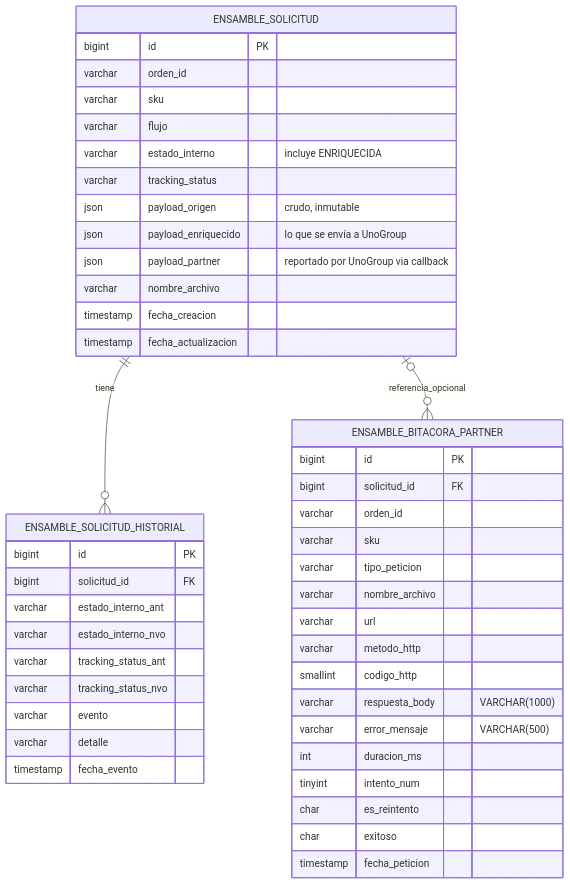
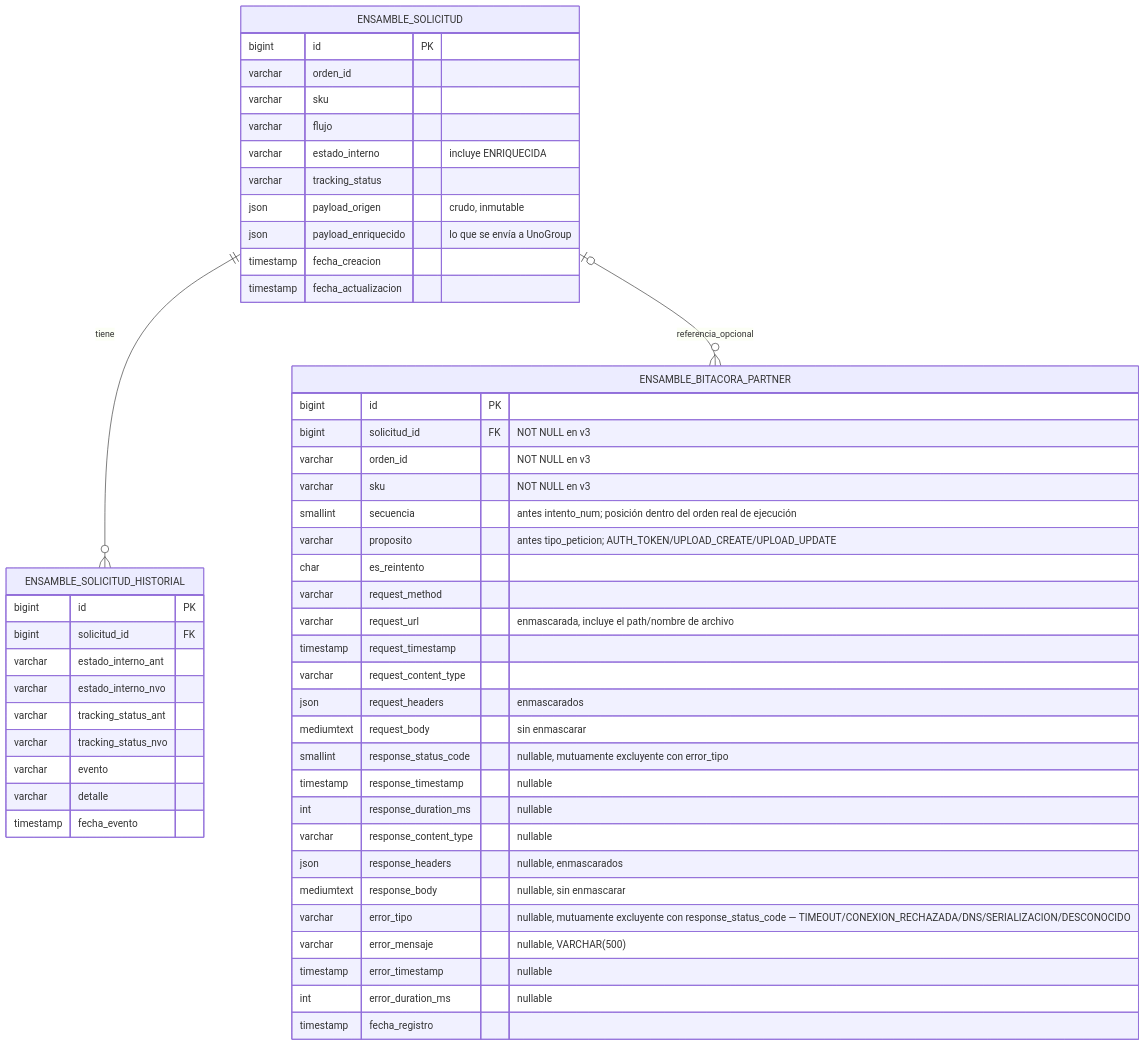
One commit to henry-molina-siman/unogroup changed the diagram in docs/HUENSA-001_Diseno_Requerimientos_Modulo_Integracion_Ensamble.md. Above: the diagram before and after it, drawn with Mermaid. The commit also changed other lines of this file and 27 other files, not shown here.

````diff
--- a/docs/HUENSA-001_Diseno_Requerimientos_Modulo_Integracion_Ensamble.md
+++ b/docs/HUENSA-001_Diseno_Requerimientos_Modulo_Integracion_Ensamble.md
@@ -261,51 +287,57 @@
 ```mermaid
 erDiagram
   ENSAMBLE_SOLICITUD ||--o{ ENSAMBLE_SOLICITUD_HISTORIAL : tiene
   ENSAMBLE_SOLICITUD |o--o{ ENSAMBLE_BITACORA_PARTNER : referencia_opcional
 
   ENSAMBLE_SOLICITUD {
     bigint id PK
     varchar orden_id
     varchar sku
     varchar flujo
     varchar estado_interno "incluye ENRIQUECIDA"
     varchar tracking_status
     json payload_origen "crudo, inmutable"
     json payload_enriquecido "lo que se envía a UnoGroup"
-    json payload_partner "reportado por UnoGroup via callback"
-    varchar nombre_archivo
     timestamp fecha_creacion
     timestamp fecha_actualizacion
   }
 
   ENSAMBLE_SOLICITUD_HISTORIAL {
     bigint id PK
     bigint solicitud_id FK
     varchar estado_interno_ant
     varchar estado_interno_nvo
     varchar tracking_status_ant
     varchar tracking_status_nvo
     varchar evento
     varchar detalle
     timestamp fecha_evento
   }
 
   ENSAMBLE_BITACORA_PARTNER {
     bigint id PK
-    bigint solicitud_id FK
-    varchar orden_id
-    varchar sku
-    varchar tipo_peticion
-    varchar nombre_archivo
-    varchar url
-    varchar metodo_http
-    smallint codigo_http
-    varchar respuesta_body "VARCHAR(1000)"
-    varchar error_mensaje "VARCHAR(500)"
-    int duracion_ms
-    tinyint intento_num
+    bigint solicitud_id FK "NOT NULL en v3"
+    varchar orden_id "NOT NULL en v3"
+    varchar sku "NOT NULL en v3"
+    smallint secuencia "antes intento_num; posición dentro del orden real de ejecución"
+    varchar proposito "antes tipo_peticion; AUTH_TOKEN/UPLOAD_CREATE/UPLOAD_UPDATE"
     char es_reintento
-    char exitoso
-    timestamp fecha_peticion
+    varchar request_method
+    varchar request_url "enmascarada, incluye el path/nombre de archivo"
+    timestamp request_timestamp
+    varchar request_content_type
+    json request_headers "enmascarados"
+    mediumtext request_body "sin enmascarar"
+    smallint response_status_code "nullable, mutuamente excluyente con error_tipo"
+    timestamp response_timestamp "nullable"
+    int response_duration_ms "nullable"
+    varchar response_content_type "nullable"
+    json response_headers "nullable, enmascarados"
+    mediumtext response_body "nullable, sin enmascarar"
+    varchar error_tipo "nullable, mutuamente excluyente con response_status_code — TIMEOUT/CONEXION_RECHAZADA/DNS/SERIALIZACION/DESCONOCIDO"
+    varchar error_mensaje "nullable, VARCHAR(500)"
+    timestamp error_timestamp "nullable"
+    int error_duration_ms "nullable"
+    timestamp fecha_registro
   }
 ```
````
